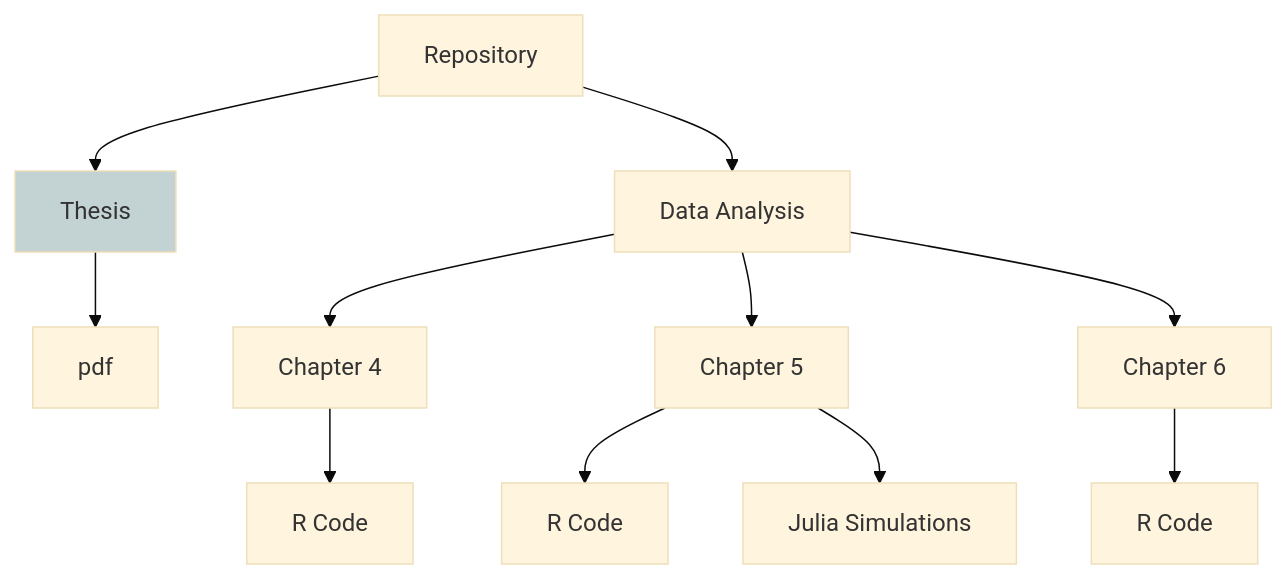
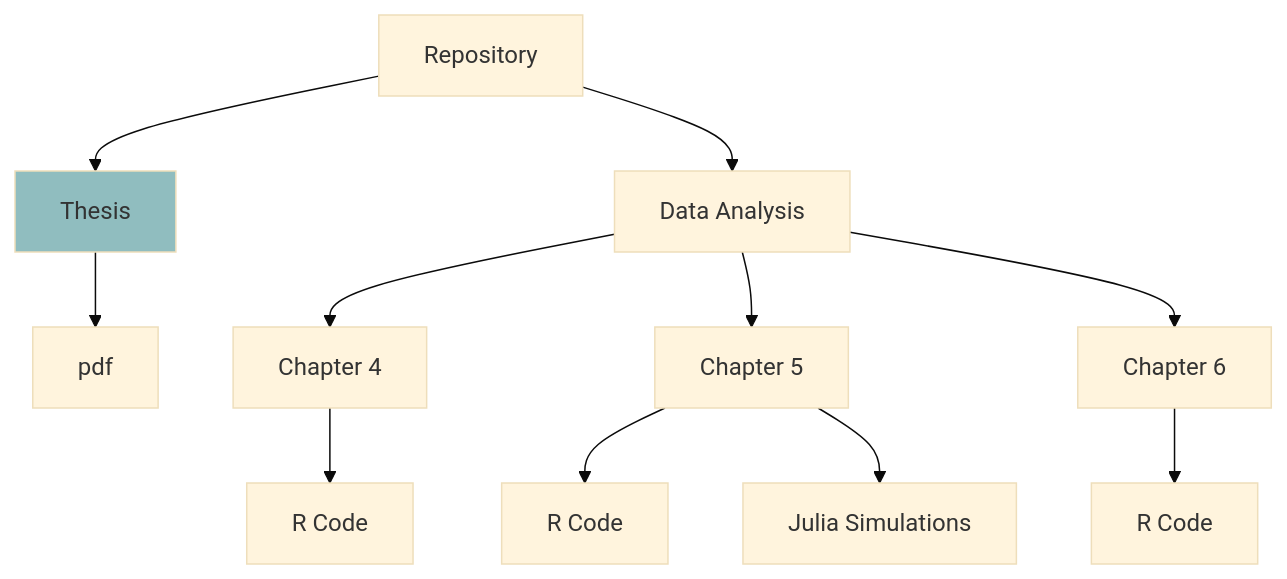
Before and after one commit to Raquel-Montero/PhDThesis: the diagram in README.md, drawn with Mermaid (base theme).

````diff
--- a/README.md
+++ b/README.md
@@ -6,14 +6,14 @@
 ```mermaid
 graph TD;
     A[Repository] -->B[Thesis];
     B[Thesis] -->B1[pdf];
     A[Repository]-->C[Data Analysis];
     C[Data Analysis] --> D[Chapter 4];
     D[Chapter 4] --> D1[R Code];
     C[Data Analysis] --> E[Chapter 5];
     E[Chapter 5] --> E1[R Code];
     E[Chapter 5] --> E2[Julia Simulations];
     C[Data Analysis] --> F[Chapter 6];
     F[Chapter 6] --> F1[R Code];
-style B fill:#c3d3d4
+style B fill:#90bdbf
 ```
````
